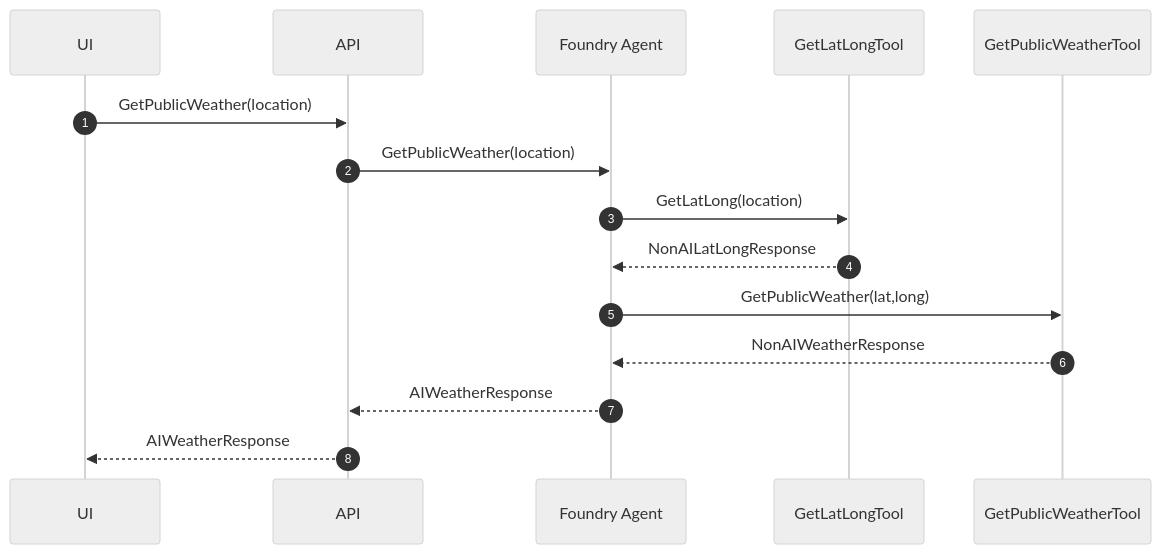
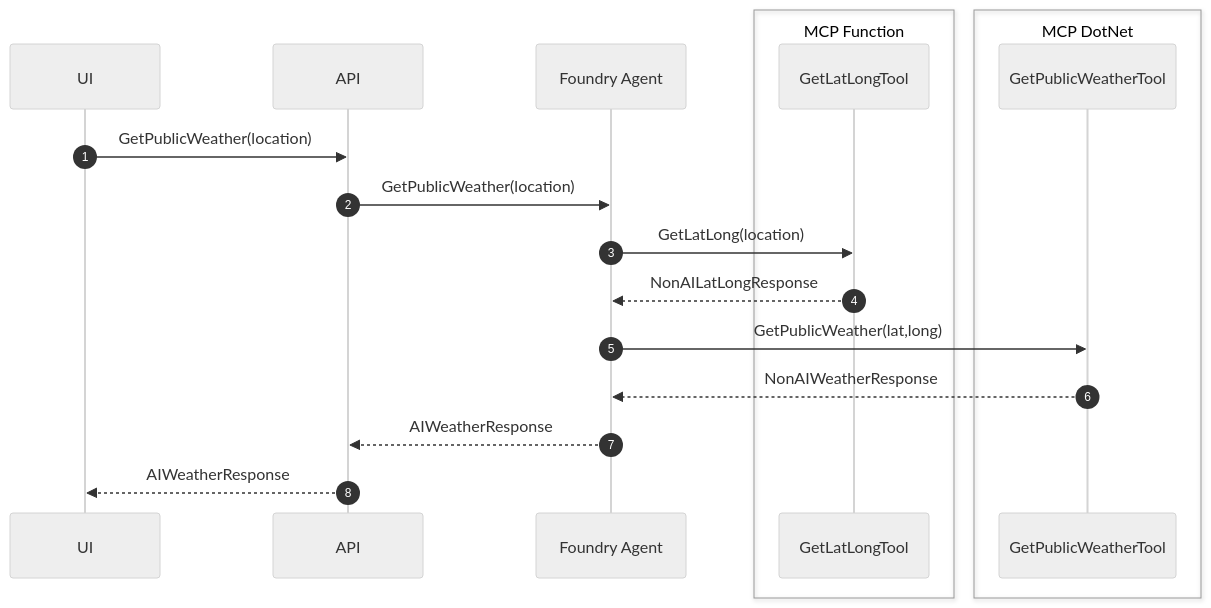
The second of 2 diagrams in docs/3-foundry-mcp/agents-models-mcp.md (dustinkorzaan/weather-1116), drawn with Mermaid (neutral theme) before and after one commit.

Commit message:
V4: box MCP tools as MCP Function and MCP DotNet

````diff
--- a/docs/3-foundry-mcp/agents-models-mcp.md
+++ b/docs/3-foundry-mcp/agents-models-mcp.md
@@ -85,18 +85,22 @@
   ```mermaid
   sequenceDiagram
       autonumber
       participant UI
       participant API
       participant Agent as Foundry Agent
-      participant GetLatLongTool
-      participant GetPublicWeatherTool
+      box MCP Function
+          participant GetLatLongTool
+      end
+      box MCP DotNet
+          participant GetPublicWeatherTool
+      end
 
       UI->>API: GetPublicWeather(location)
       API->>Agent: GetPublicWeather(location)
       Agent->>GetLatLongTool: GetLatLong(location)
       GetLatLongTool-->>Agent: NonAILatLongResponse
       Agent->>GetPublicWeatherTool: GetPublicWeather(lat,long)
       GetPublicWeatherTool-->>Agent: NonAIWeatherResponse
       Agent-->>API: AIWeatherResponse
       API-->>UI: AIWeatherResponse
   ```
````
